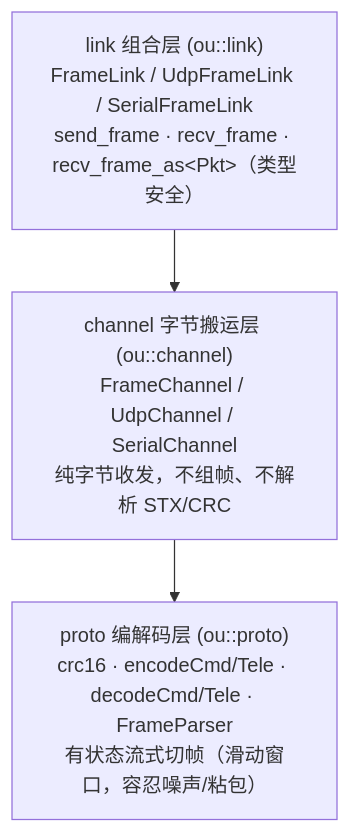
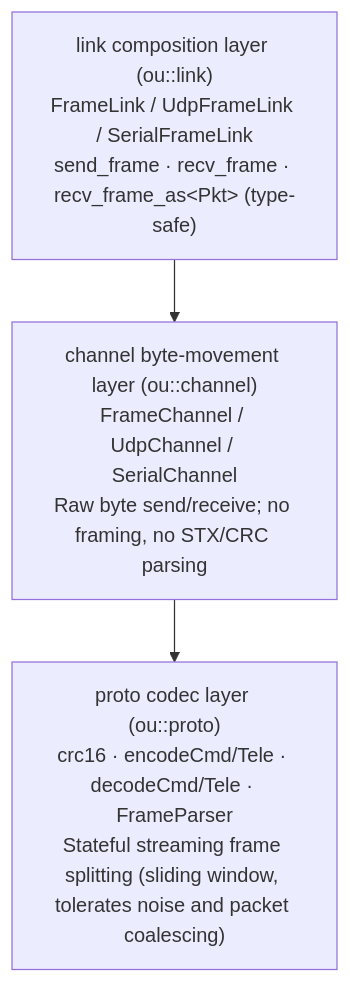
Before and after one commit to OceanUgenLab/rov-sdk: the first of 3 diagrams in README.md, drawn with Mermaid. The commit also changed other lines of this file and 6 other files, not shown here.

````diff
--- a/README.md
+++ b/README.md
@@ -57,8 +57,8 @@
 ```mermaid
 flowchart TB
-    L["link 组合层 (ou::link)<br/>FrameLink / UdpFrameLink / SerialFrameLink<br/>send_frame · recv_frame · recv_frame_as&lt;Pkt&gt;（类型安全）"]
-    C["channel 字节搬运层 (ou::channel)<br/>FrameChannel / UdpChannel / SerialChannel<br/>纯字节收发，不组帧、不解析 STX/CRC"]
-    P["proto 编解码层 (ou::proto)<br/>crc16 · encodeCmd/Tele · decodeCmd/Tele · FrameParser<br/>有状态流式切帧（滑动窗口，容忍噪声/粘包）"]
+    L["link composition layer (ou::link)<br/>FrameLink / UdpFrameLink / SerialFrameLink<br/>send_frame · recv_frame · recv_frame_as&lt;Pkt&gt; (type-safe)"]
+    C["channel byte-movement layer (ou::channel)<br/>FrameChannel / UdpChannel / SerialChannel<br/>Raw byte send/receive; no framing, no STX/CRC parsing"]
+    P["proto codec layer (ou::proto)<br/>crc16 · encodeCmd/Tele · decodeCmd/Tele · FrameParser<br/>Stateful streaming frame splitting (sliding window, tolerates noise and packet coalescing)"]
 
     L --> C --> P
 ```
````
